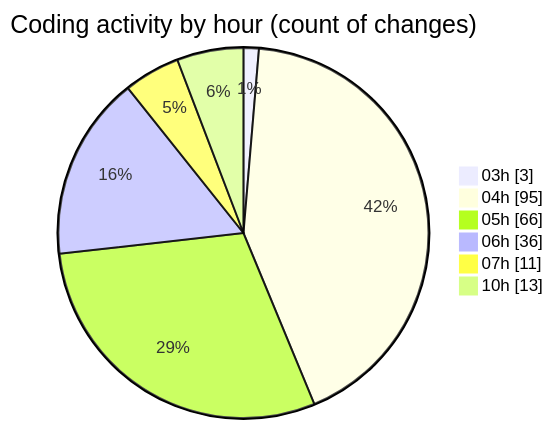
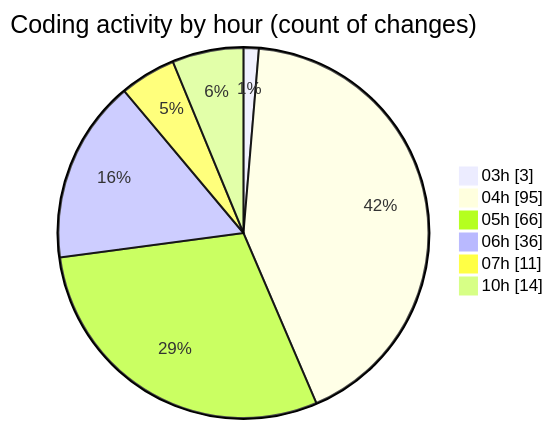
Before and after one commit to ernivani/code-tracking: the second of 2 diagrams in 2025-01-03/tinycms/README.md, drawn with Mermaid. The commit also changed other lines of this file and 5 other files, not shown here.

````diff
--- a/2025-01-03/tinycms/README.md
+++ b/2025-01-03/tinycms/README.md
@@ -74,10 +74,10 @@
 ```mermaid
 pie showData
 title Coding activity by hour (count of changes)
 "03h" : 3
 "04h" : 95
 "05h" : 66
 "06h" : 36
 "07h" : 11
-"10h" : 13
+"10h" : 14
 ```
````
